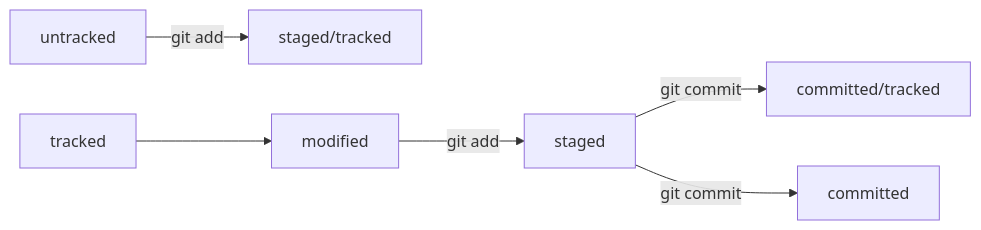
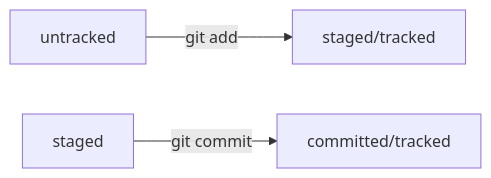
One commit to annabad/helper-project changed the first of 2 diagrams in readme.md. Above: the diagram before and after it, drawn with Mermaid. The commit also changed other lines of this file, not shown here.

Commit message:
Updated commits statuses graph

````diff
--- a/readme.md
+++ b/readme.md
@@ -50,9 +50,7 @@
 ```mermaid
 graph LR;
 untracked -- "git add" --> staged/tracked;
+
 staged -- "git commit" --> committed/tracked;
 
-%% in case of any changes made in tracked file:
-tracked --> modified -- "git add" --> staged -- "git commit" --> committed
-
 ```
````
